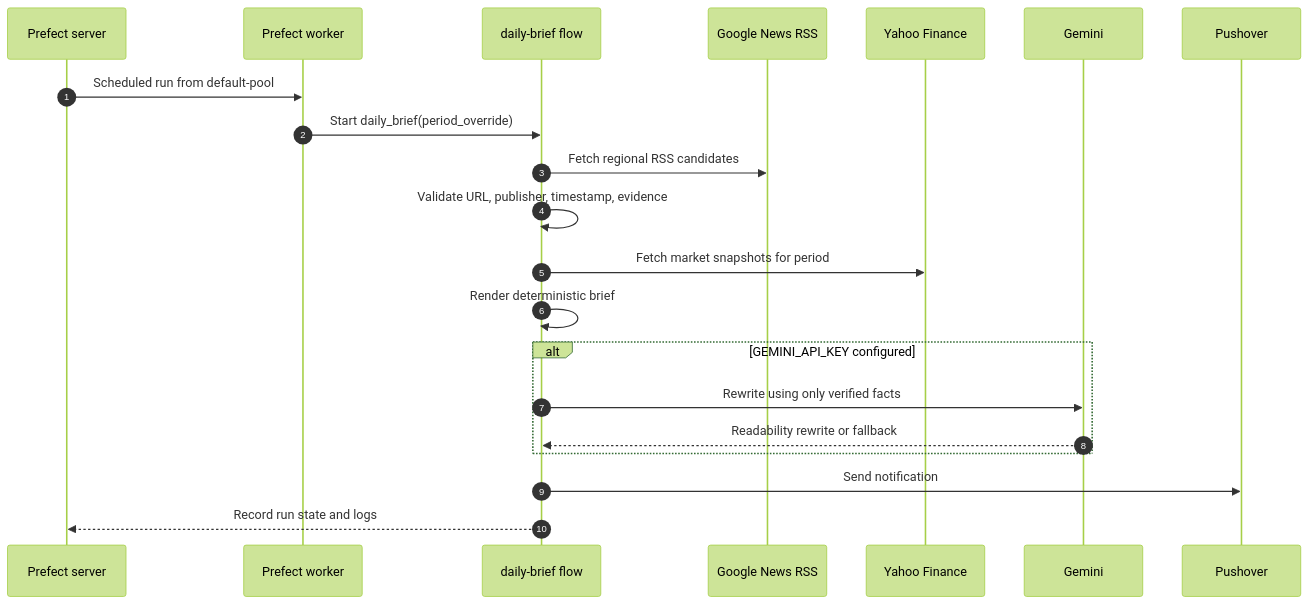
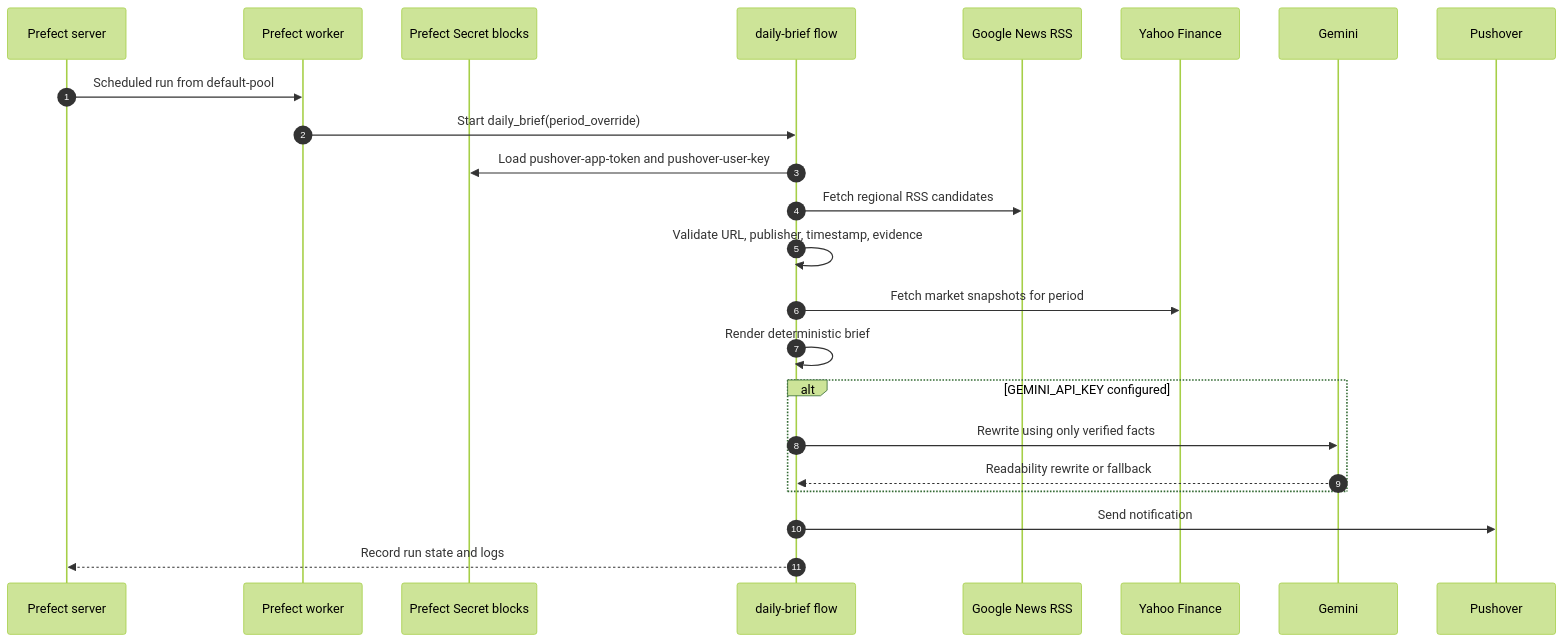
The second of 2 diagrams in docs/apps/prefect-architecture.md (raniendu/platform), drawn with Mermaid (forest theme) before and after one commit. The commit also changed other lines of this file and 8 other files, not shown here.

Commit message:
Update Prefect app, deployment workflow, and documentation

````diff
--- a/docs/apps/prefect-architecture.md
+++ b/docs/apps/prefect-architecture.md
@@ -46,24 +47,26 @@
 ```mermaid
 sequenceDiagram
   autonumber
   participant S as Prefect server
   participant W as Prefect worker
+  participant B as Prefect Secret blocks
   participant F as daily-brief flow
   participant N as Google News RSS
   participant M as Yahoo Finance
   participant G as Gemini
   participant P as Pushover
 
   S->>W: Scheduled run from default-pool
   W->>F: Start daily_brief(period_override)
+  F->>B: Load pushover-app-token and pushover-user-key
   F->>N: Fetch regional RSS candidates
   F->>F: Validate URL, publisher, timestamp, evidence
   F->>M: Fetch market snapshots for period
   F->>F: Render deterministic brief
   alt GEMINI_API_KEY configured
     F->>G: Rewrite using only verified facts
     G-->>F: Readability rewrite or fallback
   end
   F->>P: Send notification
   F-->>S: Record run state and logs
 ```
````
